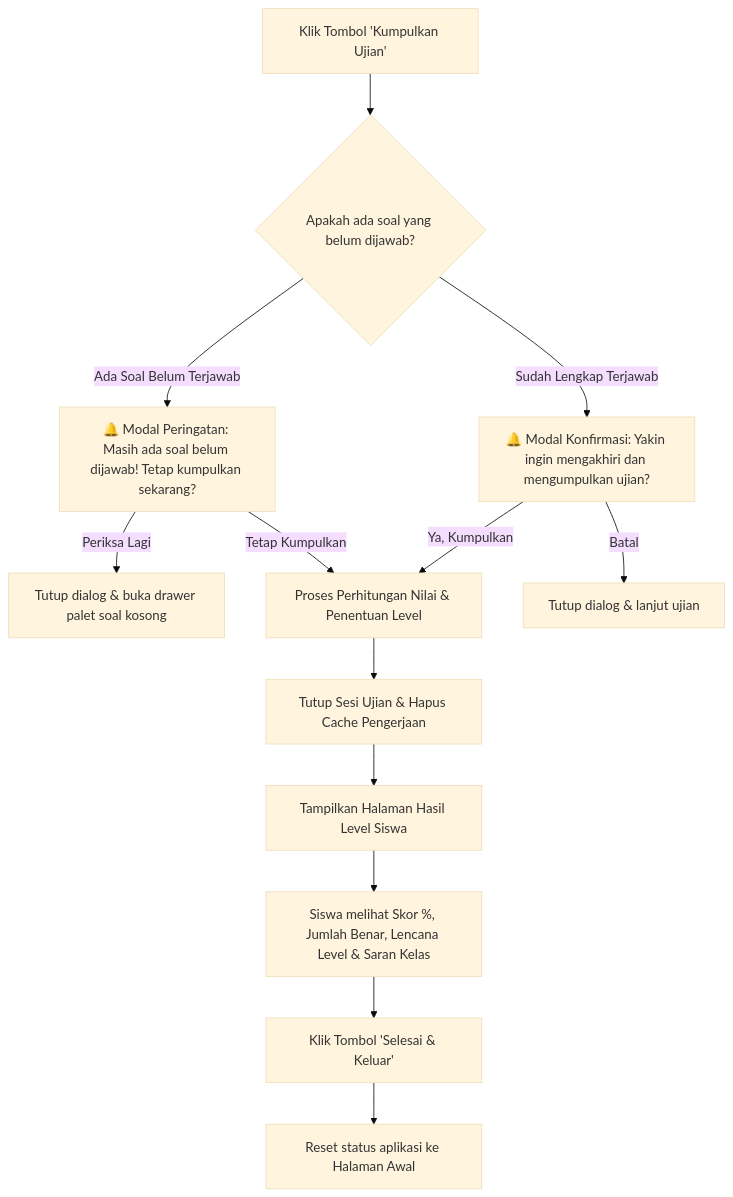
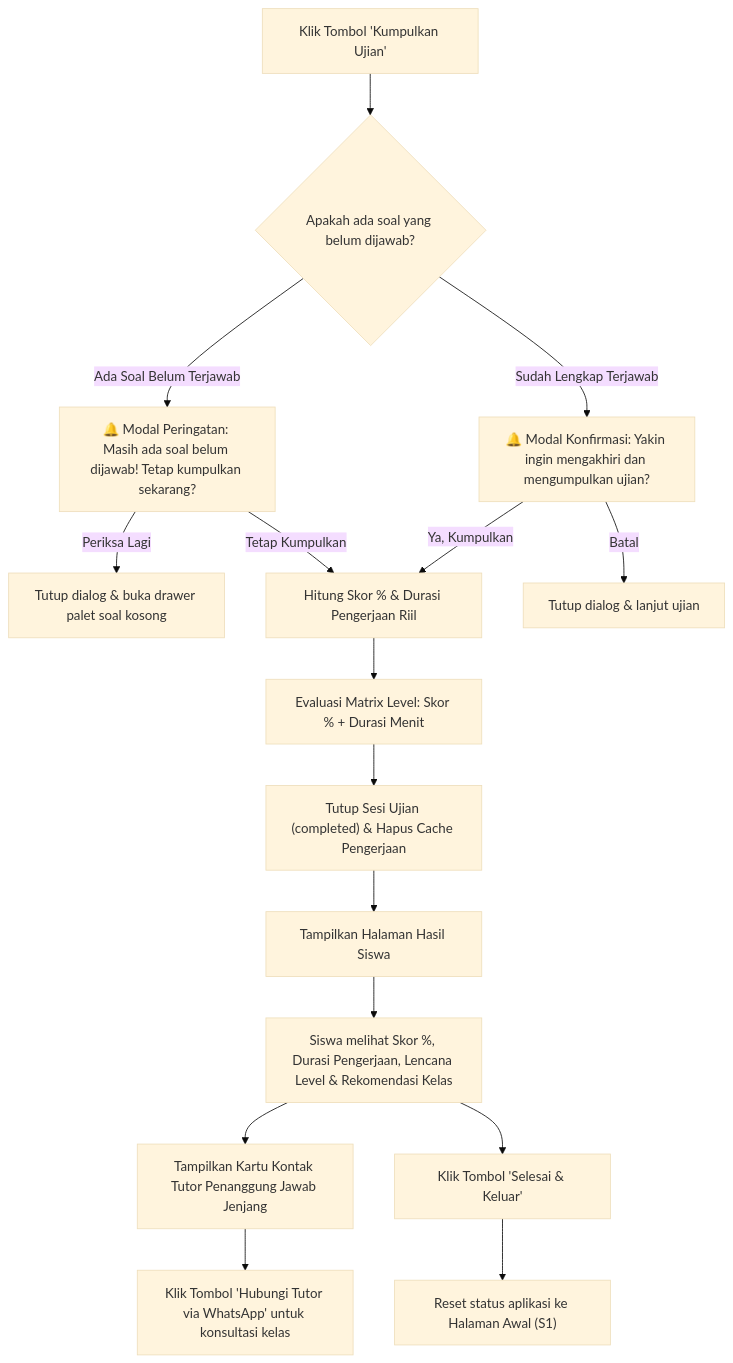
One commit to septianof/up-speaking changed the third of 8 diagrams in UI_FLOW.md. Above: the diagram before and after it, drawn with Mermaid (base theme). The commit also changed other lines of this file and 3 other files, not shown here.

Commit message:
docs(specs): perbarui prd, ui-flow, task-breakdown, dan product.md untuk kebutuhan jenjang dan matrix level

````diff
--- a/UI_FLOW.md
+++ b/UI_FLOW.md
@@ -168,20 +172,23 @@
 ```mermaid
 flowchart TD
     A["Klik Tombol 'Kumpulkan Ujian'"] --> B{"Apakah ada soal yang belum dijawab?"}
     
     B -->|Ada Soal Belum Terjawab| C["🔔 Modal Peringatan: Masih ada soal belum dijawab! Tetap kumpulkan sekarang?"]
     B -->|Sudah Lengkap Terjawab| D["🔔 Modal Konfirmasi: Yakin ingin mengakhiri dan mengumpulkan ujian?"]
 
     C -->|Periksa Lagi| E["Tutup dialog & buka drawer palet soal kosong"]
-    C -->|Tetap Kumpulkan| F["Proses Perhitungan Nilai & Penentuan Level"]
+    C -->|Tetap Kumpulkan| F["Hitung Skor % & Durasi Pengerjaan Riil"]
     
     D -->|Batal| E2["Tutup dialog & lanjut ujian"]
     D -->|Ya, Kumpulkan| F
 
-    F --> G["Tutup Sesi Ujian & Hapus Cache Pengerjaan"]
-    G --> H["Tampilkan Halaman Hasil Level Siswa"]
+    F --> F1["Evaluasi Matrix Level: Skor % + Durasi Menit"]
+    F1 --> G["Tutup Sesi Ujian (completed) & Hapus Cache Pengerjaan"]
+    G --> H["Tampilkan Halaman Hasil Siswa"]
     
-    H --> I["Siswa melihat Skor %, Jumlah Benar, Lencana Level & Saran Kelas"]
+    H --> I["Siswa melihat Skor %, Durasi Pengerjaan, Lencana Level & Rekomendasi Kelas"]
+    I --> I1["Tampilkan Kartu Kontak Tutor Penanggung Jawab Jenjang"]
+    I1 --> I2["Klik Tombol 'Hubungi Tutor via WhatsApp' untuk konsultasi kelas"]
     I --> J["Klik Tombol 'Selesai & Keluar'"]
-    J --> K["Reset status aplikasi ke Halaman Awal"]
+    J --> K["Reset status aplikasi ke Halaman Awal (S1)"]
 ```
````
